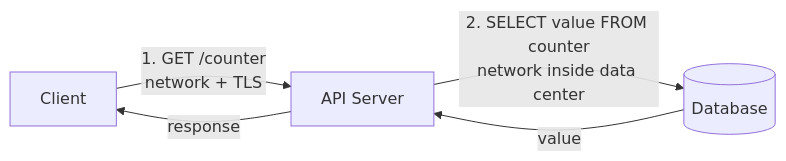
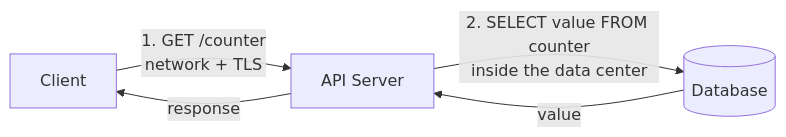
One commit to aaryan-pradhan/core-cs-fundamentals changed the diagram in hld/03-one-computer-and-latency.md. Above: the diagram before and after it, drawn with Mermaid. The commit also changed other lines of this file, not shown here.

````diff
--- a/hld/03-one-computer-and-latency.md
+++ b/hld/03-one-computer-and-latency.md
@@ -80,7 +26,7 @@
 ```mermaid
 flowchart LR
     C["Client"] -->|"1. GET /counter<br/>network + TLS"| S["API Server"]
-    S -->|"2. SELECT value FROM counter<br/>network inside data center"| D[("Database")]
+    S -->|"2. SELECT value FROM counter<br/>inside the data center"| D[("Database")]
     D -->|"value"| S
     S -->|"response"| C
 ```
````
